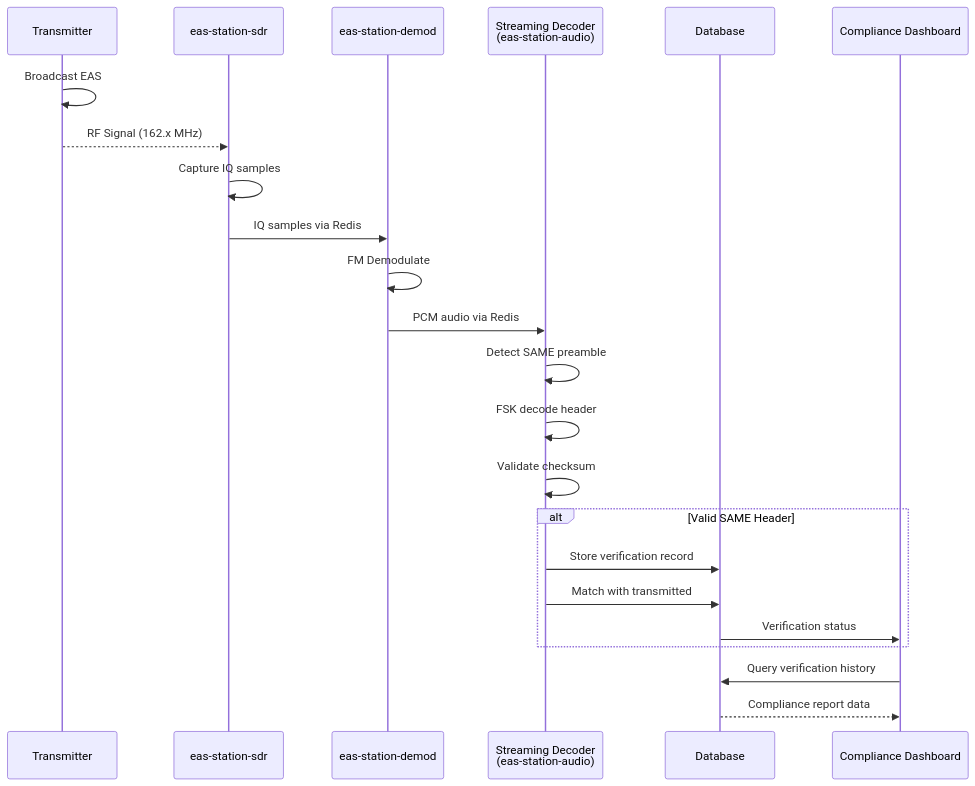
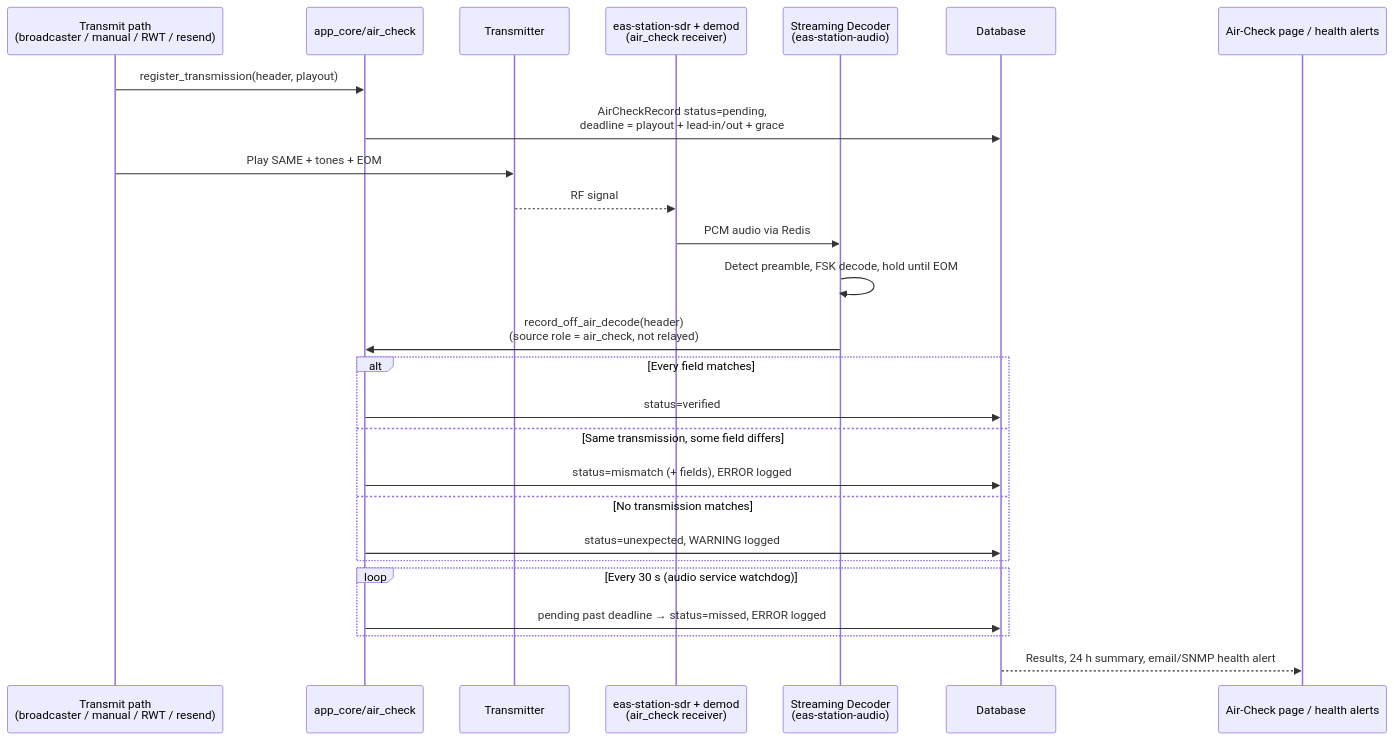
The seventh of 7 diagrams in docs/architecture/THEORY_OF_OPERATION.md (KR8MER/eas-station), drawn with Mermaid before and after one commit. The commit also changed other lines of this file and 32 other files, not shown here.

First line of the commit message:
Add SDR receiver roles and off-air air-check verification

````diff
--- a/docs/architecture/THEORY_OF_OPERATION.md
+++ b/docs/architecture/THEORY_OF_OPERATION.md
@@ -364,29 +374,31 @@
 ```mermaid
 sequenceDiagram
-    participant TX as Transmitter
-    participant SDR as eas-station-sdr
-    participant DEMOD as eas-station-demod
+    participant TX as Transmit path<br/>(broadcaster / manual / RWT / resend)
+    participant AC as app_core/air_check
+    participant RF as Transmitter
+    participant SDR as eas-station-sdr + demod<br/>(air_check receiver)
     participant DECODE as Streaming Decoder<br/>(eas-station-audio)
     participant DB as Database
-    participant UI as Compliance Dashboard
+    participant UI as Air-Check page / health alerts
 
-    TX->>TX: Broadcast EAS
-    TX-->>SDR: RF Signal (162.x MHz)
-    SDR->>SDR: Capture IQ samples
-    SDR->>DEMOD: IQ samples via Redis
-    DEMOD->>DEMOD: FM Demodulate
-    DEMOD->>DECODE: PCM audio via Redis
-    
-    DECODE->>DECODE: Detect SAME preamble
-    DECODE->>DECODE: FSK decode header
-    DECODE->>DECODE: Validate checksum
-    
-    alt Valid SAME Header
-        DECODE->>DB: Store verification record
-        DECODE->>DB: Match with transmitted
-        DB->>UI: Verification status
+    TX->>AC: register_transmission(header, playout)
+    AC->>DB: AirCheckRecord status=pending,<br/>deadline = playout + lead-in/out + grace
+    TX->>RF: Play SAME + tones + EOM
+    RF-->>SDR: RF signal
+    SDR->>DECODE: PCM audio via Redis
+    DECODE->>DECODE: Detect preamble, FSK decode, hold until EOM
+    DECODE->>AC: record_off_air_decode(header)<br/>(source role = air_check, not relayed)
+
+    alt Every field matches
+        AC->>DB: status=verified
+    else Same transmission, some field differs
+        AC->>DB: status=mismatch (+ fields), ERROR logged
+    else No transmission matches
+        AC->>DB: status=unexpected, WARNING logged
     end
-    
-    UI->>DB: Query verification history
-    DB-->>UI: Compliance report data
+
+    loop Every 30 s (audio service watchdog)
+        AC->>DB: pending past deadline → status=missed, ERROR logged
+    end
+    DB-->>UI: Results, 24 h summary, email/SNMP health alert
 ```
````
